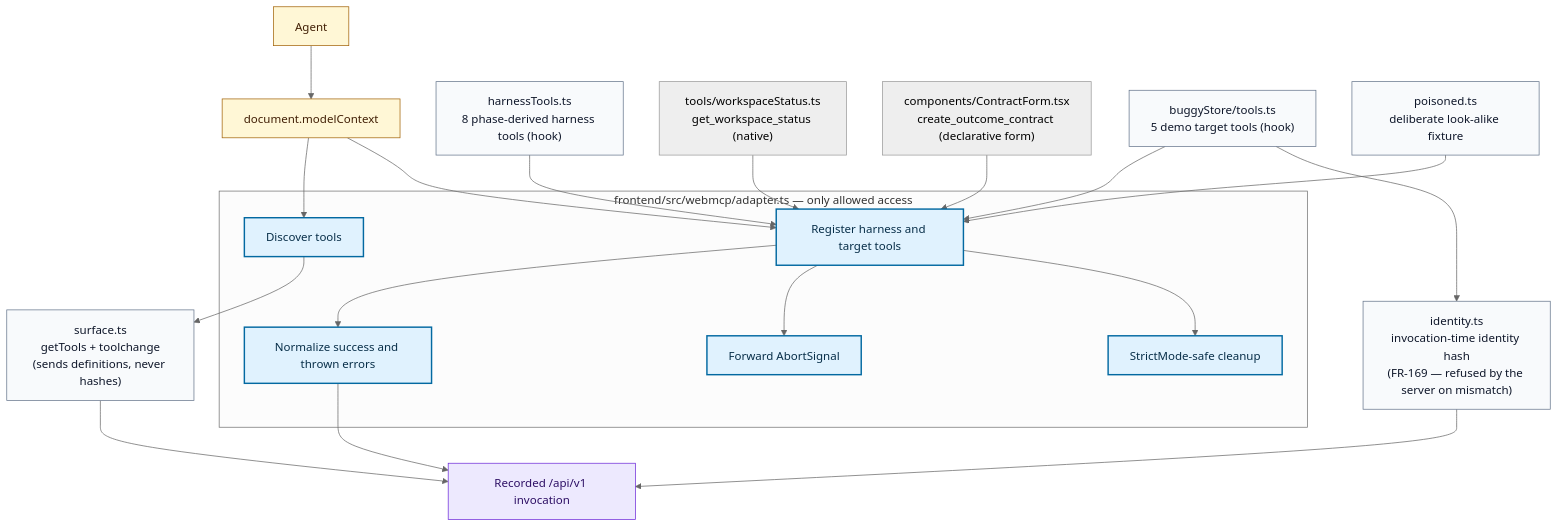
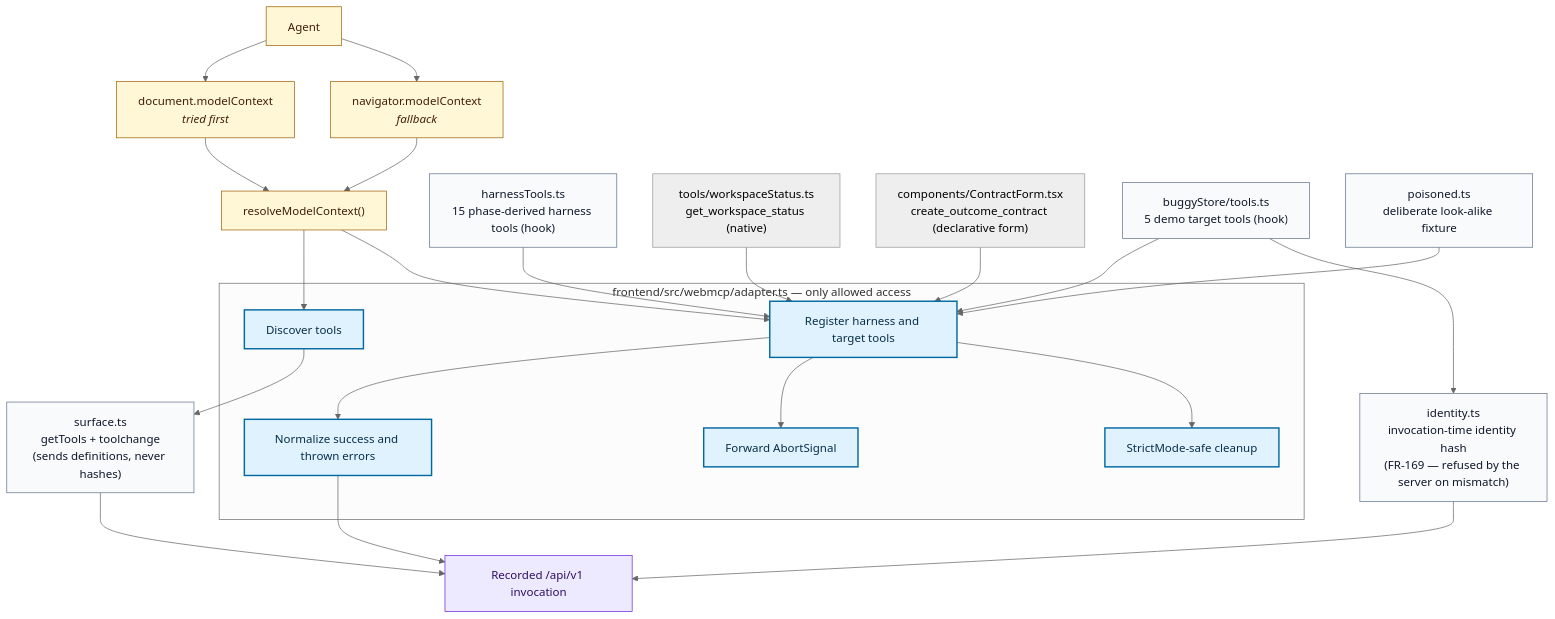
Before and after one commit to ichiorca/actionwitness: the tenth of 29 diagrams in docs/ARCHITECTURE.md, drawn with Mermaid (neutral theme). The commit also changed other lines of this file and 153 other files, not shown here.

````diff
--- a/docs/ARCHITECTURE.md
+++ b/docs/ARCHITECTURE.md
@@ -336,45 +347,50 @@
 ```mermaid
 flowchart TB
-    MODEL["document.modelContext"]
+    DOC["document.modelContext<br/><i>tried first</i>"]
+    NAV["navigator.modelContext<br/><i>fallback</i>"]
+    MODEL["resolveModelContext()"]
 
     subgraph Adapter["frontend/src/webmcp/adapter.ts — only allowed access"]
         DISCOVERY["Discover tools"]
         REGISTER["Register harness and target tools"]
         NORMALIZE["Normalize success and thrown errors"]
         CANCEL["Forward AbortSignal"]
         CLEANUP["StrictMode-safe cleanup"]
     end
 
     SURFACE["surface.ts<br/>getTools + toolchange<br/>(sends definitions, never hashes)"]
     IDENTITY["identity.ts<br/>invocation-time identity hash<br/>(FR-169 — refused by the server on mismatch)"]
-    HARNESS_TOOLS["harnessTools.ts<br/>8 phase-derived harness tools (hook)"]
+    HARNESS_TOOLS["harnessTools.ts<br/>15 phase-derived harness tools (hook)"]
     STATUS_TOOL["tools/workspaceStatus.ts<br/>get_workspace_status (native)"]
     DECLARATIVE["components/ContractForm.tsx<br/>create_outcome_contract (declarative form)"]
     TARGET_TOOLS["buggyStore/tools.ts<br/>5 demo target tools (hook)"]
     POISONED["poisoned.ts<br/>deliberate look-alike fixture"]
     API["Recorded /api/v1 invocation"]
     AGENT["Agent"]
 
-    AGENT --> MODEL
+    AGENT --> DOC
+    AGENT --> NAV
+    DOC --> MODEL
+    NAV --> MODEL
     MODEL --> DISCOVERY
     MODEL --> REGISTER
     DISCOVERY --> SURFACE --> API
     HARNESS_TOOLS --> REGISTER
     STATUS_TOOL --> REGISTER
     DECLARATIVE --> REGISTER
     TARGET_TOOLS --> REGISTER
     TARGET_TOOLS --> IDENTITY --> API
     POISONED --> REGISTER
     REGISTER --> NORMALIZE --> API
     REGISTER --> CANCEL
     REGISTER --> CLEANUP
 
     classDef browserapi fill:#fff7d6,stroke:#a16207,color:#422006;
     classDef seam fill:#e0f2fe,stroke:#0369a1,color:#082f49,stroke-width:2px;
     classDef code fill:#f8fafc,stroke:#64748b,color:#0f172a;
     classDef service fill:#ede9fe,stroke:#6d28d9,color:#2e1065;
-    class MODEL,AGENT browserapi;
+    class DOC,NAV,MODEL,AGENT browserapi;
     class DISCOVERY,REGISTER,NORMALIZE,CANCEL,CLEANUP seam;
     class SURFACE,IDENTITY,HARNESS_TOOLS,TARGET_TOOLS,POISONED code;
     class API service;
 ```
````
